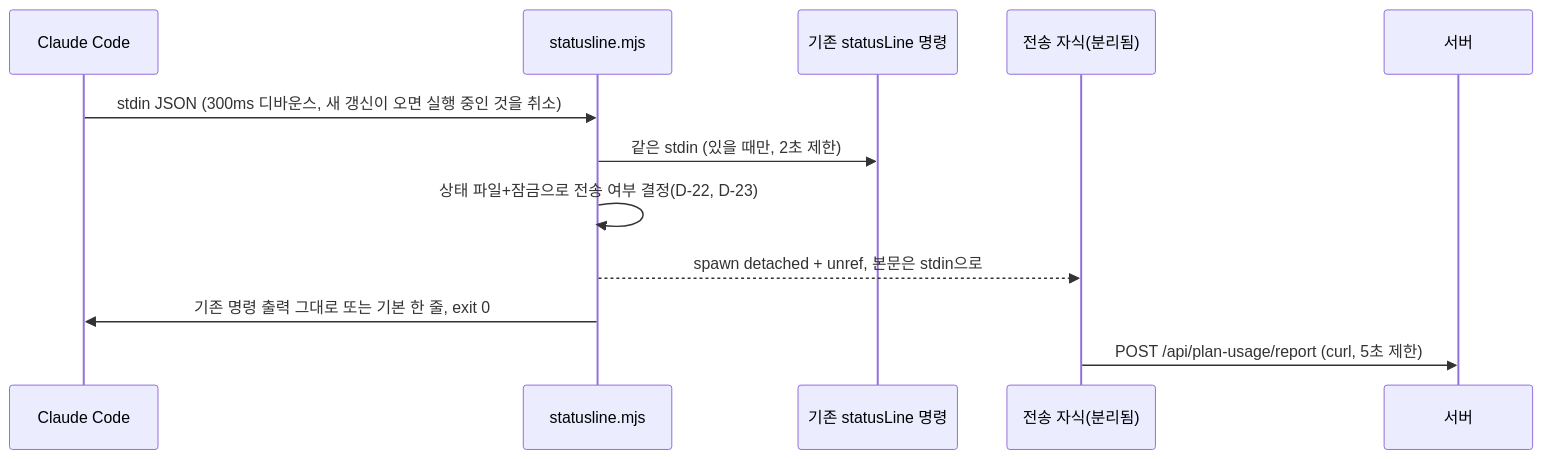
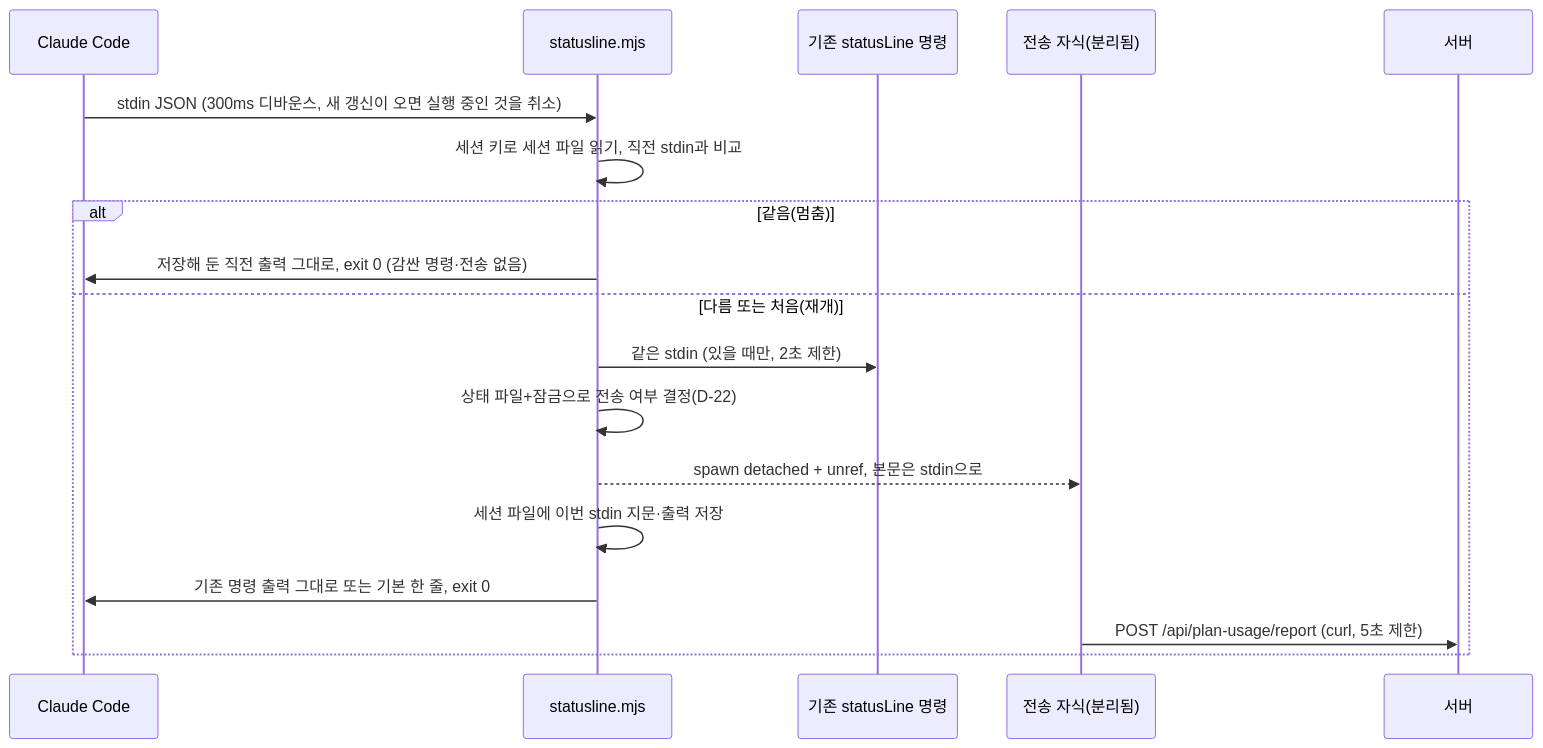
The second of 2 diagrams in docs/HANDOFF.md (winterairy/agent-observer), drawn with Mermaid before and after one commit. The commit also changed other lines of this file and 1 other file, not shown here.

````diff
--- a/docs/HANDOFF.md
+++ b/docs/HANDOFF.md
@@ -812,14 +814,20 @@
 ```mermaid
 sequenceDiagram
   participant CC as Claude Code
   participant SL as statusline.mjs
   participant W as 기존 statusLine 명령
   participant TX as 전송 자식(분리됨)
   participant SV as 서버
   CC->>SL: stdin JSON (300ms 디바운스, 새 갱신이 오면 실행 중인 것을 취소)
-  SL->>W: 같은 stdin (있을 때만, 2초 제한)
-  SL->>SL: 상태 파일+잠금으로 전송 여부 결정(D-22, D-23)
-  SL-->>TX: spawn detached + unref, 본문은 stdin으로
-  SL->>CC: 기존 명령 출력 그대로 또는 기본 한 줄, exit 0
-  TX->>SV: POST /api/plan-usage/report (curl, 5초 제한)
+  SL->>SL: 세션 키로 세션 파일 읽기, 직전 stdin과 비교
+  alt 같음(멈춤)
+    SL->>CC: 저장해 둔 직전 출력 그대로, exit 0 (감싼 명령·전송 없음)
+  else 다름 또는 처음(재개)
+    SL->>W: 같은 stdin (있을 때만, 2초 제한)
+    SL->>SL: 상태 파일+잠금으로 전송 여부 결정(D-22)
+    SL-->>TX: spawn detached + unref, 본문은 stdin으로
+    SL->>SL: 세션 파일에 이번 stdin 지문·출력 저장
+    SL->>CC: 기존 명령 출력 그대로 또는 기본 한 줄, exit 0
+    TX->>SV: POST /api/plan-usage/report (curl, 5초 제한)
+  end
 ```
````
